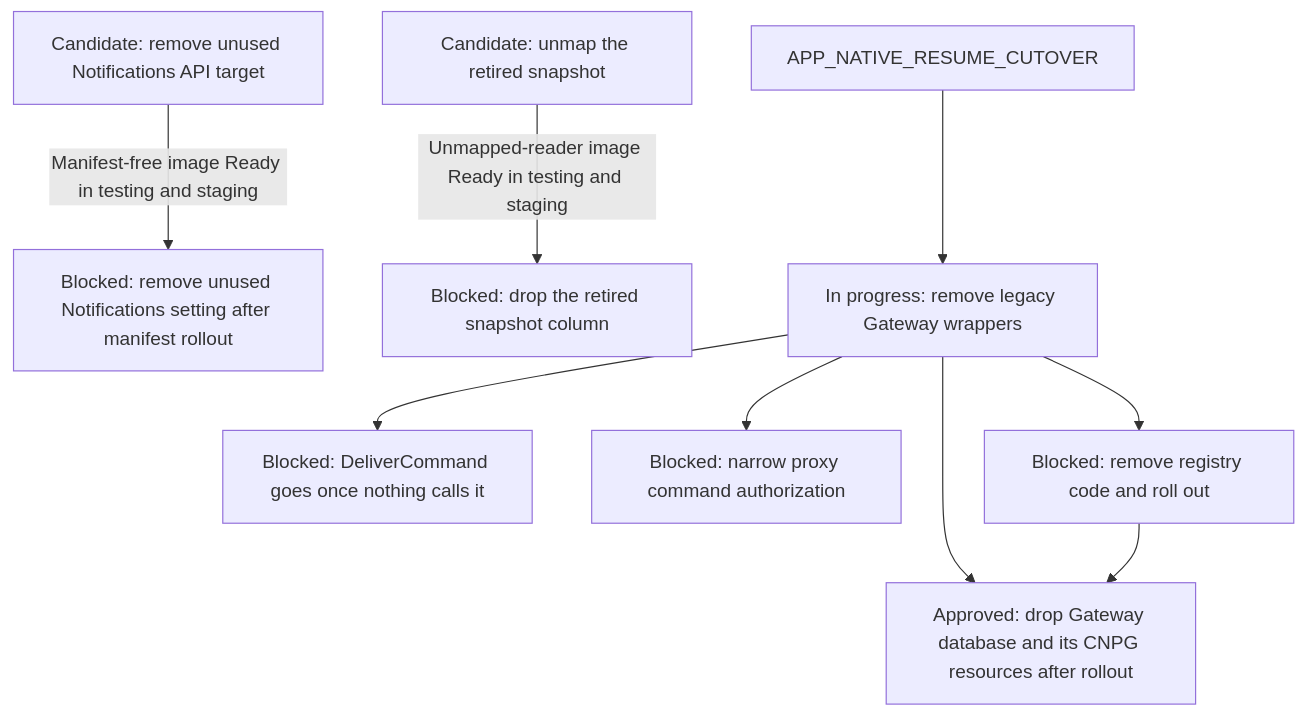
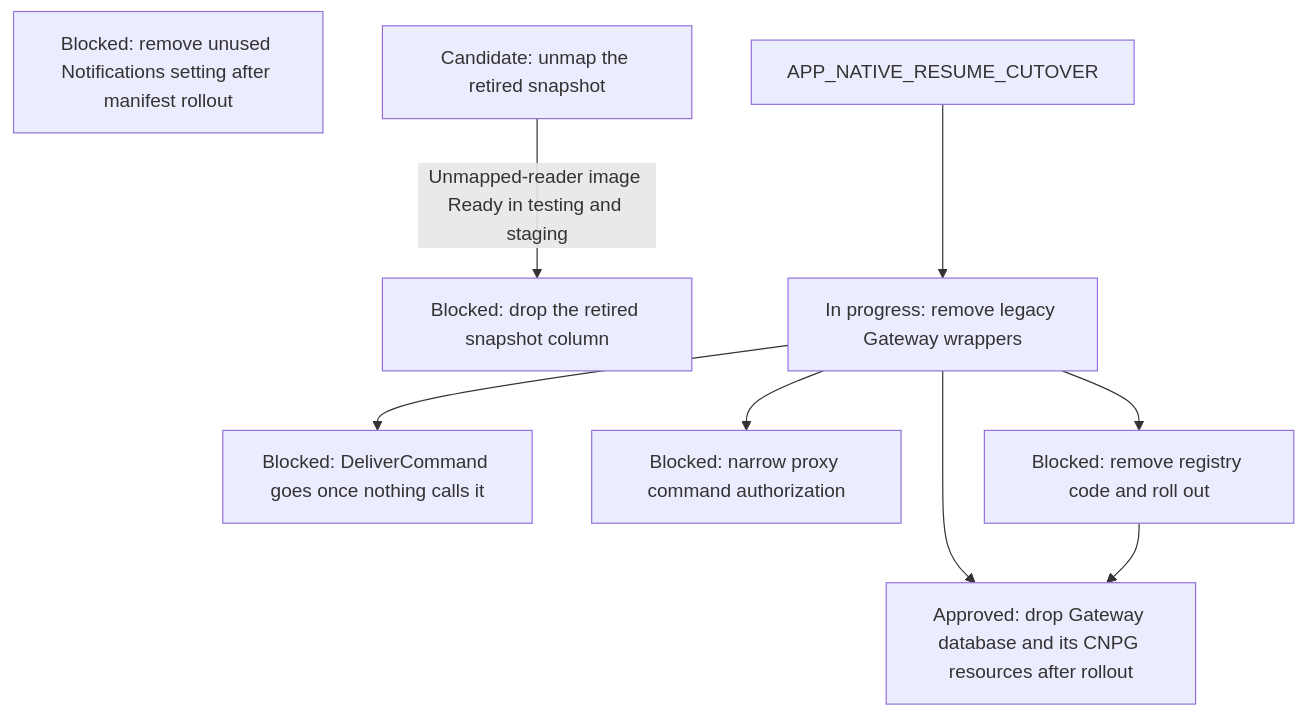
Before and after one commit to agentydragon-agent/ducktape: diagram 15 of 16 in agentplane/plans/task_dag.md, drawn with Mermaid. The commit also changed other lines of this file and 3 other files, not shown here.

First line of the commit message:
Remove unused Notifications Gateway API target from manifests (#10713)

````diff
--- a/agentplane/plans/task_dag.md
+++ b/agentplane/plans/task_dag.md
@@ -1300,19 +1300,17 @@
 ```mermaid
 flowchart TD
     RUNNER_COMMAND_RPCS[Blocked: DeliverCommand goes once nothing calls it]
-    NOTIFICATION_GATEWAY_TARGET_MANIFEST_RETIRE[Candidate: remove unused Notifications API target]
     NOTIFICATION_GATEWAY_TARGET_READER_RETIRE[Blocked: remove unused Notifications setting after manifest rollout]
-    NOTIFICATION_GATEWAY_TARGET_MANIFEST_RETIRE -->|Manifest-free image Ready in testing and staging| NOTIFICATION_GATEWAY_TARGET_READER_RETIRE
     DISPATCHER_OPENING_ATTACHED_READ_RETIRE[Candidate: unmap the retired snapshot]
     DISPATCHER_OPENING_ATTACHED_READ_RETIRE -->|Unmapped-reader image Ready in testing and staging| DISPATCHER_OPENING_ATTACHED_COLUMN_DROP[Blocked: drop the retired snapshot column]
     GATEWAY_WRAPPER_RETIRE --> RUNNER_COMMAND_RPCS
     GATEWAY_WRAPPER_RETIRE[In progress: remove legacy Gateway wrappers]
     APP_NATIVE_RESUME_CUTOVER --> GATEWAY_WRAPPER_RETIRE
     GATEWAY_DATABASE_DROP[Approved: drop Gateway database and its CNPG resources after rollout]
     PROXY_START_METHODS_DISPATCHER_ONLY[Blocked: narrow proxy command authorization]
     GATEWAY_WRAPPER_RETIRE --> PROXY_START_METHODS_DISPATCHER_ONLY
     GATEWAY_WRAPPER_RETIRE --> GATEWAY_DATABASE_DROP
     GATEWAY_SESSION_REGISTRY_RETIRE[Blocked: remove registry code and roll out]
     GATEWAY_WRAPPER_RETIRE --> GATEWAY_SESSION_REGISTRY_RETIRE
     GATEWAY_SESSION_REGISTRY_RETIRE --> GATEWAY_DATABASE_DROP
 ```
````
